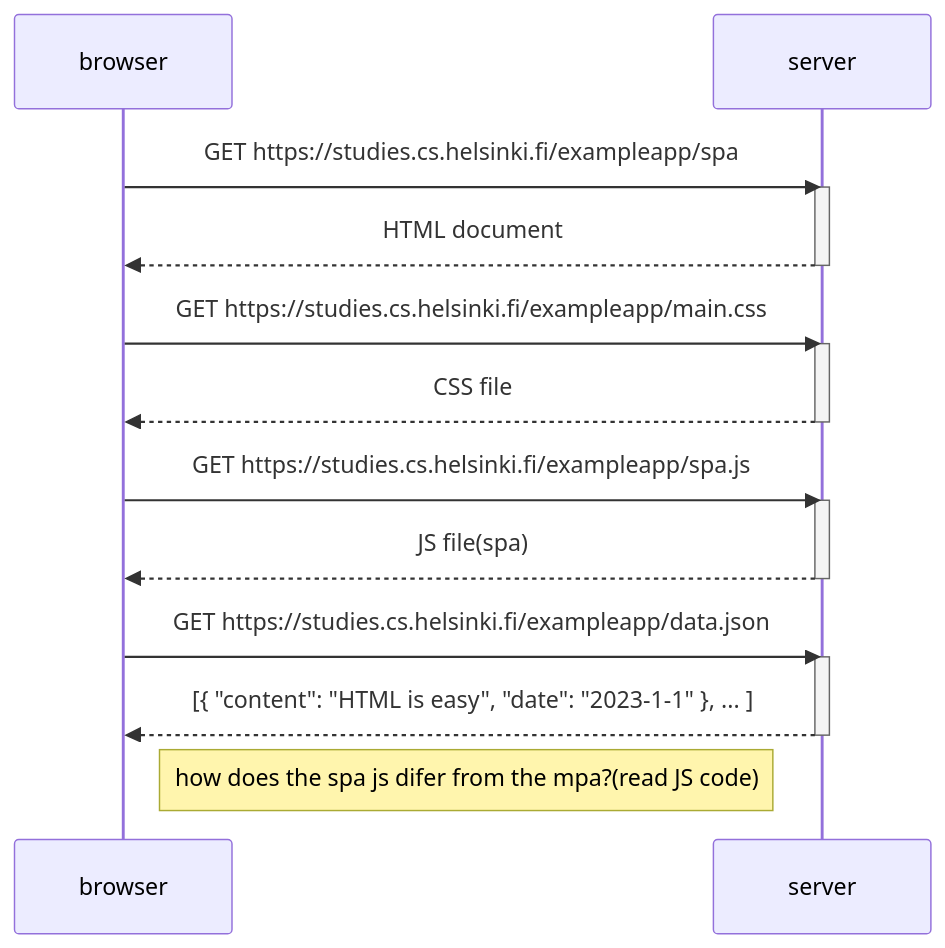
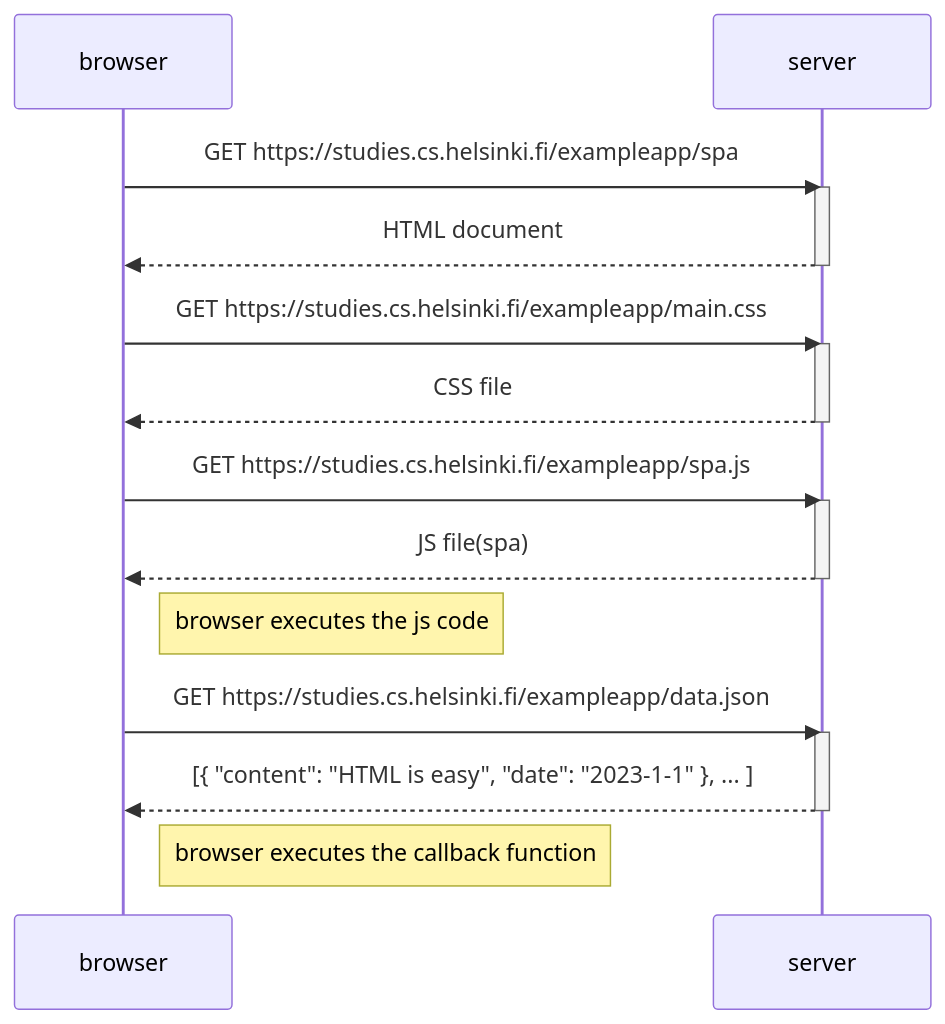
The diagram in 0.5 Single Page App diagram.md (karloag/FullStackOpen_part0), drawn with Mermaid before and after one commit. The commit also changed 1 other file, not shown here.

Commit message:
finished part 0

````diff
--- a/0.5 Single Page App diagram.md
+++ b/0.5 Single Page App diagram.md
@@ -1,30 +1,30 @@
 ```mermaid 
 sequenceDiagram
 participant browser 
 participant server
 
 browser->>server: GET https://studies.cs.helsinki.fi/exampleapp/spa
 activate server 
 server-->>browser: HTML document 
 deactivate server 
 
-
 browser->>server: GET https://studies.cs.helsinki.fi/exampleapp/main.css
 activate server 
 server-->>browser: CSS file 
 deactivate server 
 
 browser->>server: GET https://studies.cs.helsinki.fi/exampleapp/spa.js
 activate server 
 server-->>browser:  JS file(spa) 
 deactivate server 
- 
+
+note right of browser: browser executes the js code 
 
 browser->>server: GET https://studies.cs.helsinki.fi/exampleapp/data.json
 activate server 
 server-->>browser: [{ "content": "HTML is easy", "date": "2023-1-1" }, ... ] 
 deactivate server 
 
-note right of browser: how does the spa js difer from the mpa?(read JS code)
+note right of browser: browser executes the callback function
 
 ``` 
````
